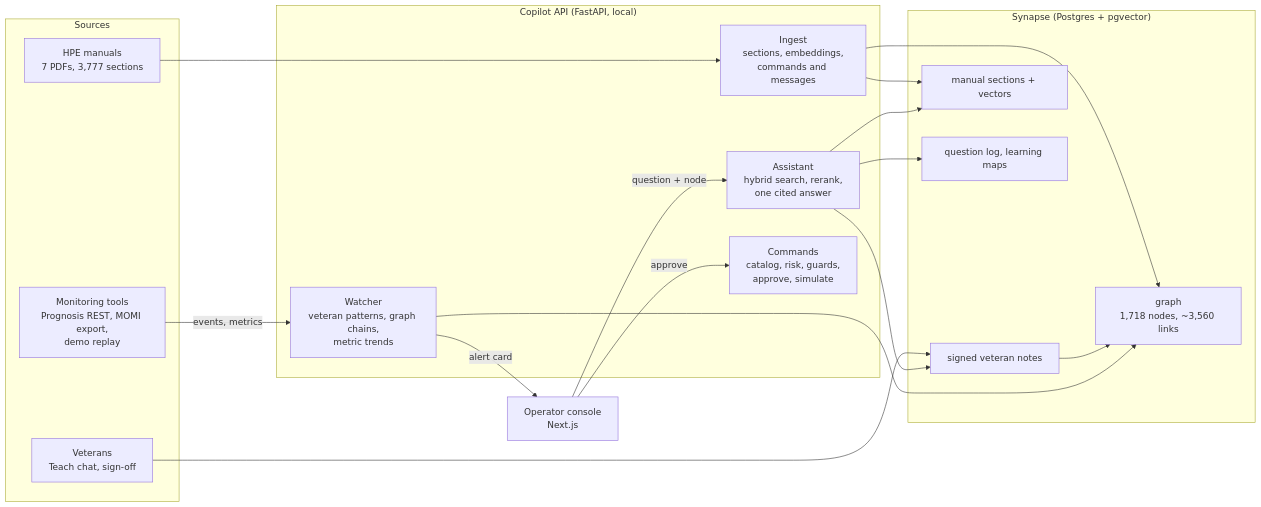
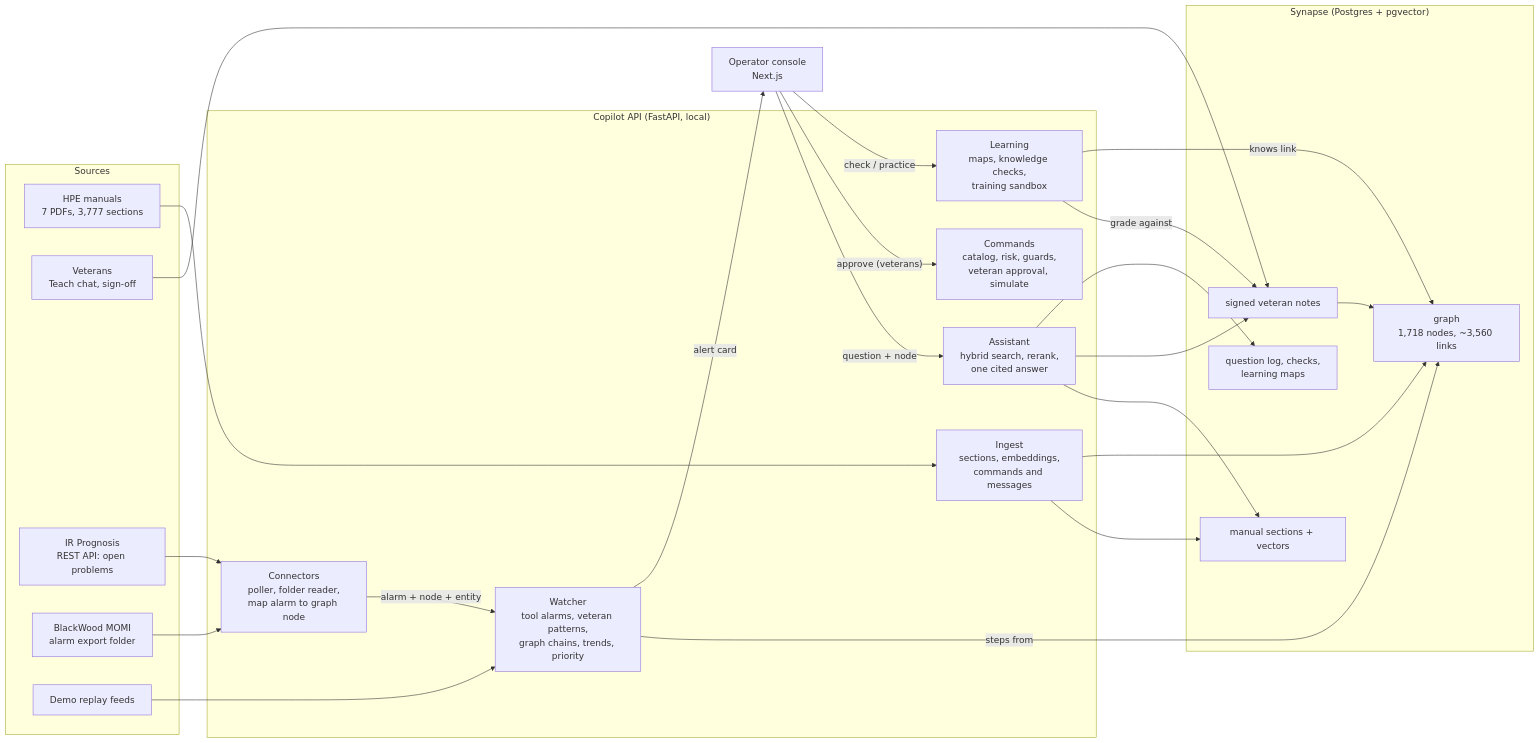
Before and after one commit to ghousee/catalyst-2026-team31: the first of 2 diagrams in README.md, drawn with Mermaid. The commit also changed other lines of this file and 1 other file, not shown here.

Commit message:
README and system design: connectors, alert priority, roles, knowledge checks, training sandbox

````diff
--- a/README.md
+++ b/README.md
@@ -28,32 +35,42 @@
 ```mermaid
 flowchart LR
   subgraph SRC["Sources"]
     MAN["HPE manuals<br/>7 PDFs, 3,777 sections"]
     VET["Veterans<br/>Teach chat, sign-off"]
-    MON["Monitoring tools<br/>Prognosis REST, MOMI export,<br/>demo replay"]
+    PRG["IR Prognosis<br/>REST API: open problems"]
+    MOM["BlackWood MOMI<br/>alarm export folder"]
+    RPL["Demo replay feeds"]
   end
   subgraph CORE["Copilot API (FastAPI, local)"]
     ING["Ingest<br/>sections, embeddings,<br/>commands and messages"]
+    CON["Connectors<br/>poller, folder reader,<br/>map alarm to graph node"]
+    WAT["Watcher<br/>tool alarms, veteran patterns,<br/>graph chains, trends, priority"]
     ASK["Assistant<br/>hybrid search, rerank,<br/>one cited answer"]
-    WAT["Watcher<br/>veteran patterns, graph chains,<br/>metric trends"]
-    CMD["Commands<br/>catalog, risk, guards,<br/>approve, simulate"]
+    CMD["Commands<br/>catalog, risk, guards,<br/>veteran approval, simulate"]
+    LRN["Learning<br/>maps, knowledge checks,<br/>training sandbox"]
   end
   subgraph DB["Synapse (Postgres + pgvector)"]
     G["graph<br/>1,718 nodes, ~3,560 links"]
     N["signed veteran notes"]
     D["manual sections + vectors"]
-    L["question log, learning maps"]
+    L["question log, checks,<br/>learning maps"]
   end
   UI["Operator console<br/>Next.js"]
   MAN --> ING --> D
   ING --> G
   VET --> N --> G
-  MON -- "events, metrics" --> WAT
+  PRG --> CON
+  MOM --> CON
+  RPL --> WAT
+  CON -- "alarm + node + entity" --> WAT
+  WAT -- "steps from" --> G
+  WAT -- "alert card" --> UI
   UI -- "question + node" --> ASK
   ASK --> D
   ASK --> N
+  UI -- "approve (veterans)" --> CMD
+  UI -- "check / practice" --> LRN
+  LRN -- "grade against" --> N
+  LRN -- "knows link" --> G
   ASK --> L
-  WAT --> G
-  WAT -- "alert card" --> UI
-  UI -- "approve" --> CMD
 ```
````
